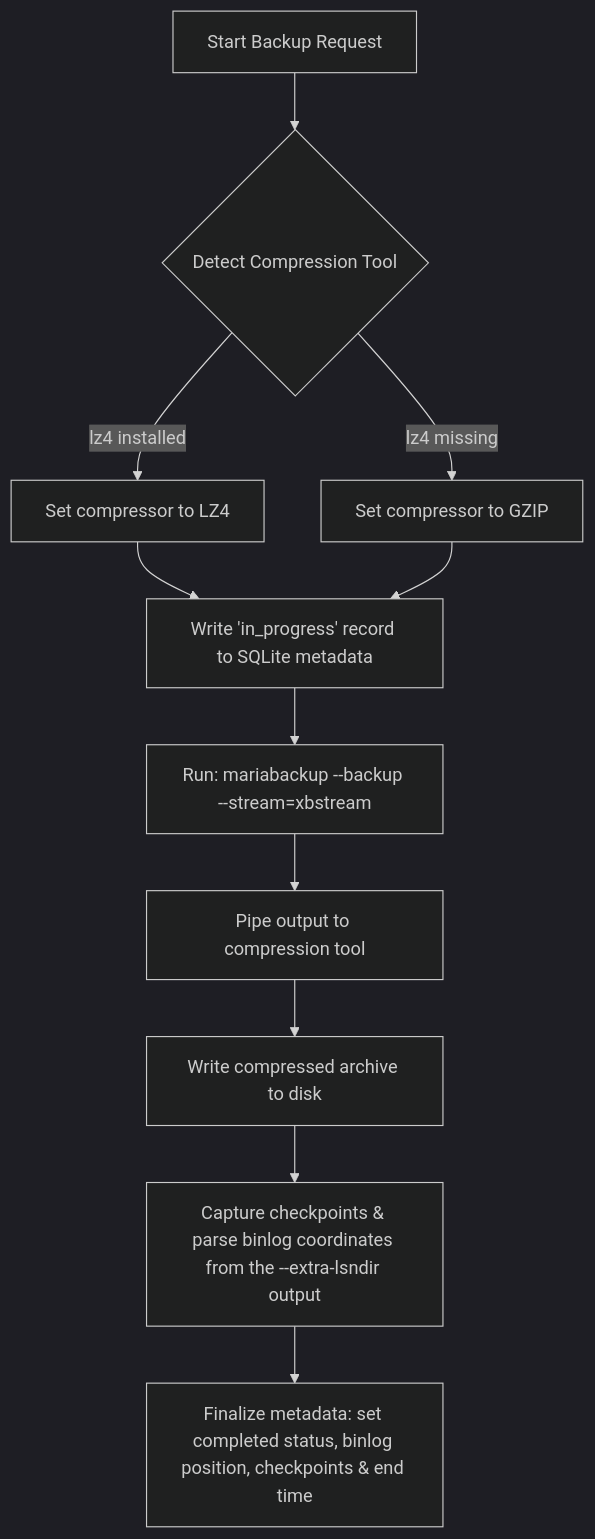
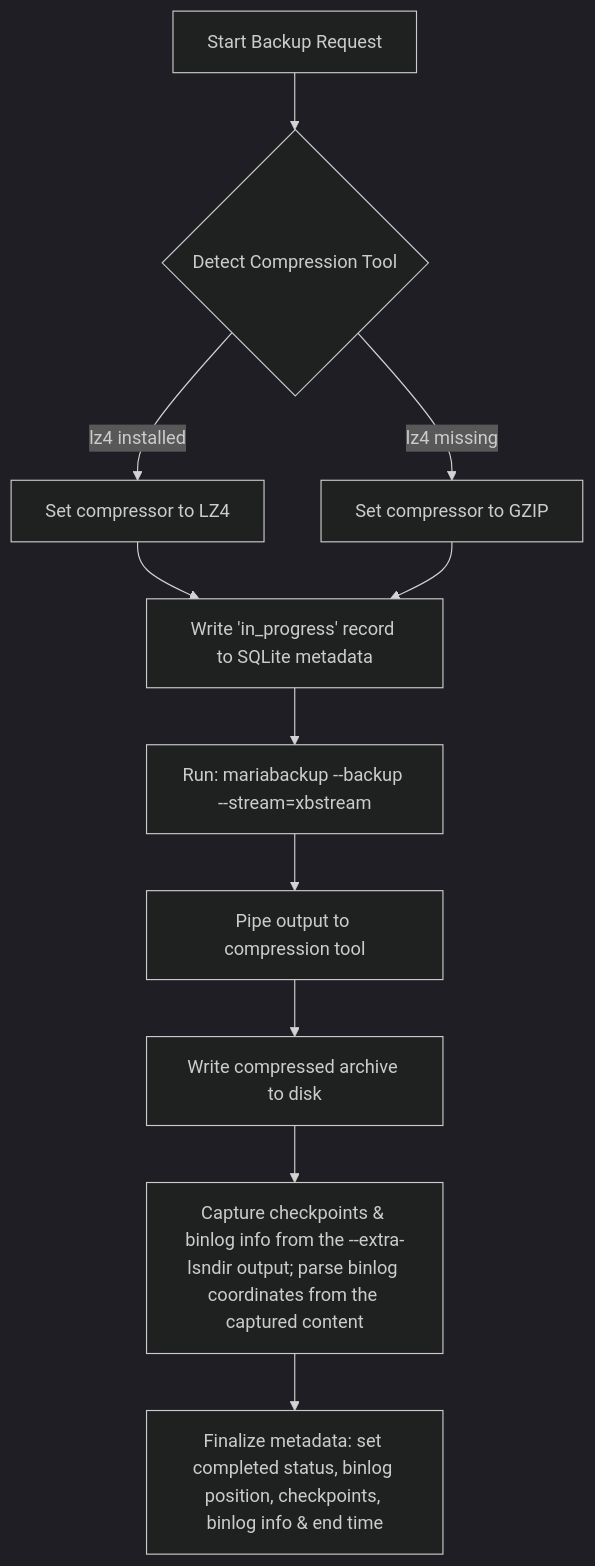
One commit to sriharip316/mbkp changed the diagram in AGENTS.md. Above: the diagram before and after it, drawn with Mermaid (dark theme). The commit also changed other lines of this file and 4 other files, not shown here.

First line of the commit message:
feat(backup): capture and store binlog info file in catalog

````diff
--- a/AGENTS.md
+++ b/AGENTS.md
@@ -70,12 +71,12 @@
 ```mermaid
 graph TD
     A[Start Backup Request] --> B{Detect Compression Tool}
     B -->|lz4 installed| C[Set compressor to LZ4]
     B -->|lz4 missing| D[Set compressor to GZIP]
     C & D --> E[Write 'in_progress' record to SQLite metadata]
     E --> F[Run: mariabackup --backup --stream=xbstream]
     F --> G[Pipe output to compression tool]
     G --> H[Write compressed archive to disk]
-    H --> I[Capture checkpoints & parse binlog coordinates from the --extra-lsndir output]
-    I --> J[Finalize metadata: set completed status, binlog position, checkpoints & end time]
+    H --> I[Capture checkpoints & binlog info from the --extra-lsndir output; parse binlog coordinates from the captured content]
+    I --> J[Finalize metadata: set completed status, binlog position, checkpoints, binlog info & end time]
 ```
````
